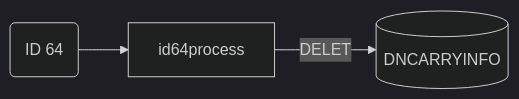
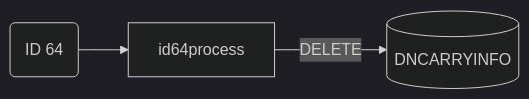
One commit to luthfiadityaa/SimeDarby-Wiki changed diagram 14 of 17 in Basic-Design/DFD-WMS/Retrieval/QC-Setting/Retrieval-for-QC-Start.md. Above: the diagram before and after it, drawn with Mermaid (dark theme).

Commit message:
Updated Retrieval for QC Start

```diff
--- a/Basic-Design/DFD-WMS/Retrieval/QC-Setting/Retrieval-for-QC-Start.md
+++ b/Basic-Design/DFD-WMS/Retrieval/QC-Setting/Retrieval-for-QC-Start.md
@@ -556,14 +556,14 @@
 ::: mermaid
 flowchart LR
 
 id64("
 ID 64
 ")
 
 id64-update[("
 DNCARRYINFO
 ")]
 
 id64-->id64process
-id64process--> |DELET| id64-update
+id64process--> |DELETE| id64-update
 :::
```
